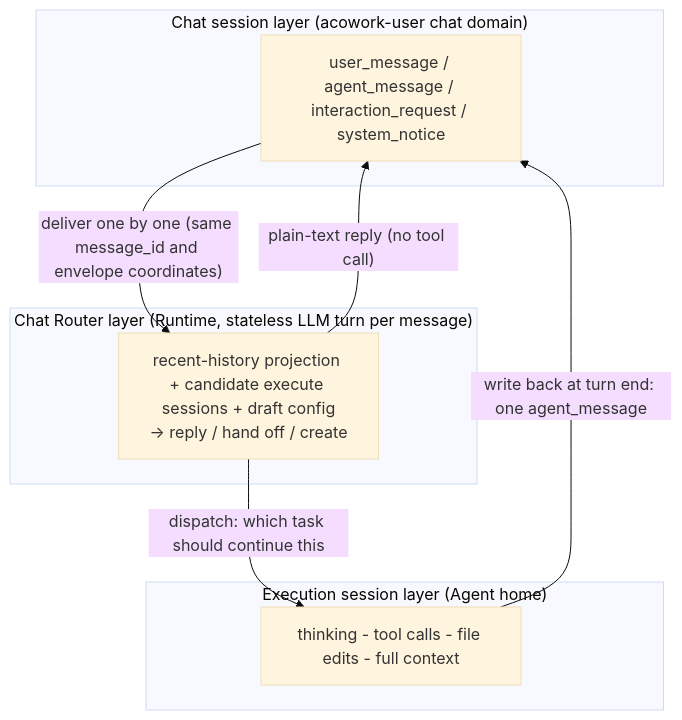
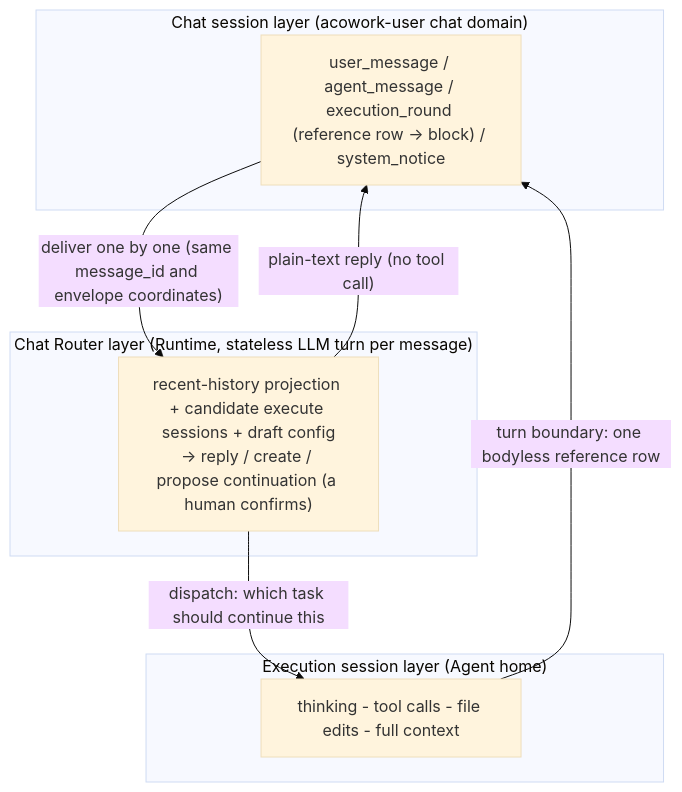
Before and after one commit to acowork/acowork: the fourth of 10 diagrams in docs/design/en/27-intent-messaging-and-group-chat.md, drawn with Mermaid (base theme). The commit also changed other lines of this file and 3 other files, not shown here.

````diff
--- a/docs/design/en/27-intent-messaging-and-group-chat.md
+++ b/docs/design/en/27-intent-messaging-and-group-chat.md
@@ -93,16 +95,16 @@
 ```mermaid
 graph TB
     subgraph CHAT["Chat session layer (acowork-user chat domain)"]
-        A["user_message / agent_message / interaction_request / system_notice"]
+        A["user_message / agent_message / execution_round (reference row → block) / system_notice"]
     end
     subgraph ROUTER["Chat Router layer (Runtime, stateless LLM turn per message)"]
-        R["recent-history projection + candidate execute sessions + draft config<br/>-> reply / hand off / create"]
+        R["recent-history projection + candidate execute sessions + draft config<br/>-> reply / create / propose continuation (a human confirms)"]
     end
     subgraph EXEC["Execution session layer (Agent home)"]
         B["thinking - tool calls - file edits - full context"]
     end
     A -->|"deliver one by one (same message_id and envelope coordinates)"| R
     R -->|"dispatch: which task should continue this"| B
     R -->|"plain-text reply (no tool call)"| A
-    B -->|"write back at turn end: one agent_message"| A
+    B -->|"turn boundary: one bodyless reference row"| A
 ```
````
